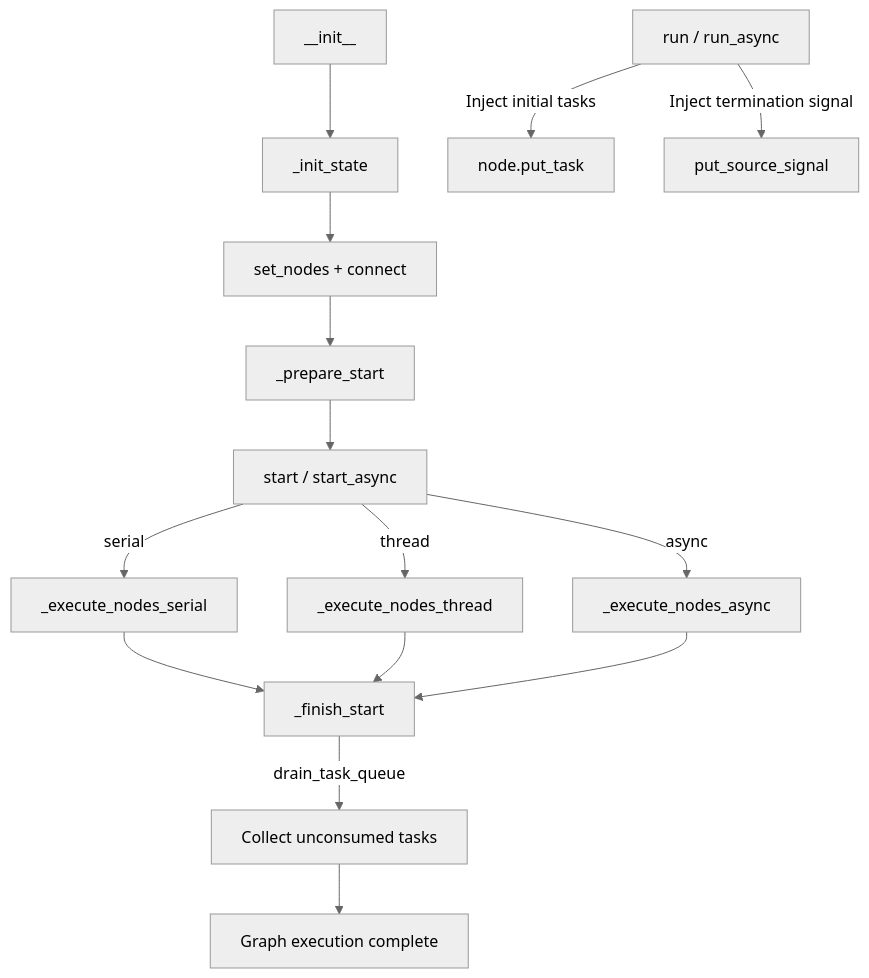
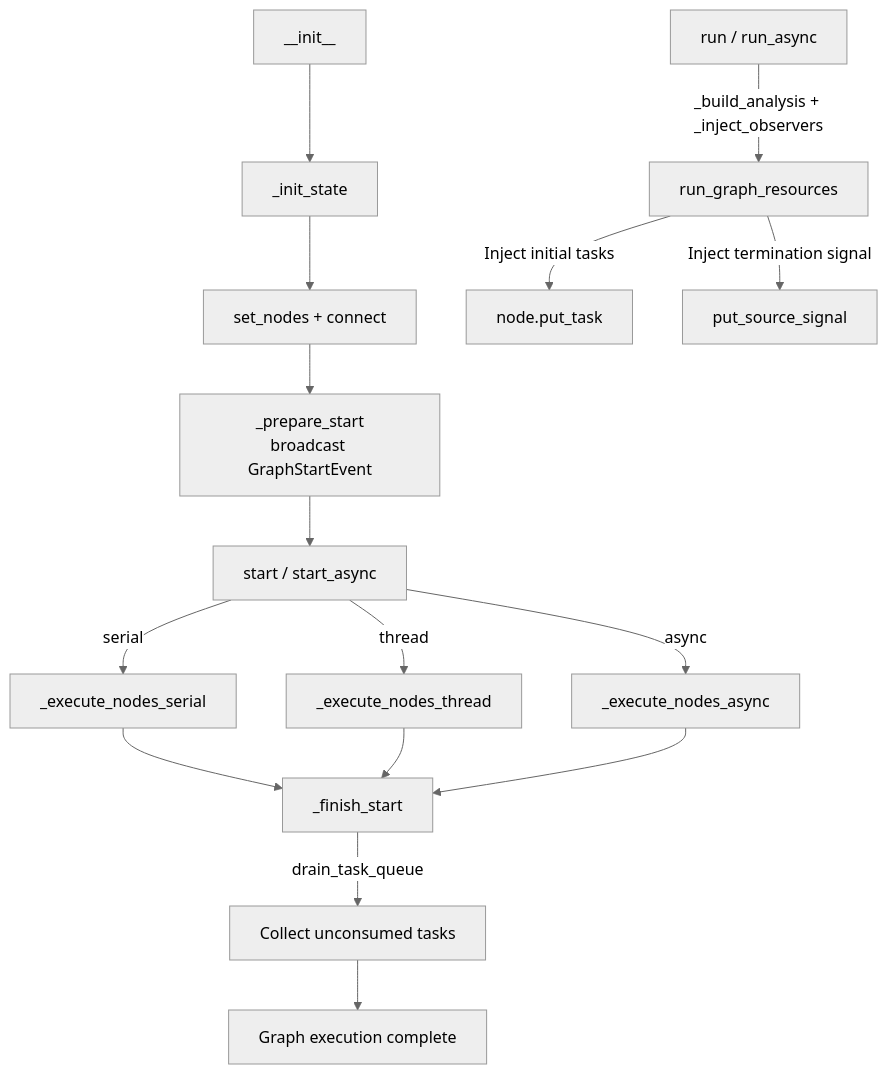
The second of 2 diagrams in docs/en/src/graph/core_graph.md (Mr-xiaotian/CelestialFlow), drawn with Mermaid (neutral theme) before and after one commit. The commit also changed other lines of this file and 169 other files, not shown here.

````diff
--- a/docs/en/src/graph/core_graph.md
+++ b/docs/en/src/graph/core_graph.md
@@ -372,18 +481,19 @@
 ```mermaid
 flowchart TD
     INIT[__init__] --> INIT_STATE[_init_state]
     INIT_STATE --> BUILD[set_nodes + connect]
-    BUILD --> PREPARE[_prepare_start]
+    BUILD --> PREPARE[_prepare_start<br/>broadcast GraphStartEvent]
     PREPARE --> START[start / start_async]
     START -->|serial| SER[_execute_nodes_serial]
     START -->|thread| THR[_execute_nodes_thread]
     START -->|async| ASY[_execute_nodes_async]
     SER --> FINISH[_finish_start]
     THR --> FINISH
     ASY --> FINISH
     FINISH -->|drain_task_queue| DRAIN[Collect unconsumed tasks]
     DRAIN --> END[Graph execution complete]
 
-    RUN[run / run_async] -->|Inject initial tasks| PUT[node.put_task]
-    RUN -->|Inject termination signal| SIGNAL[put_source_signal]
+    RUN[run / run_async] -->|_build_analysis + _inject_observers| RES[run_graph_resources]
+    RES -->|Inject initial tasks| PUT[node.put_task]
+    RES -->|Inject termination signal| SIGNAL[put_source_signal]
 ```
````
